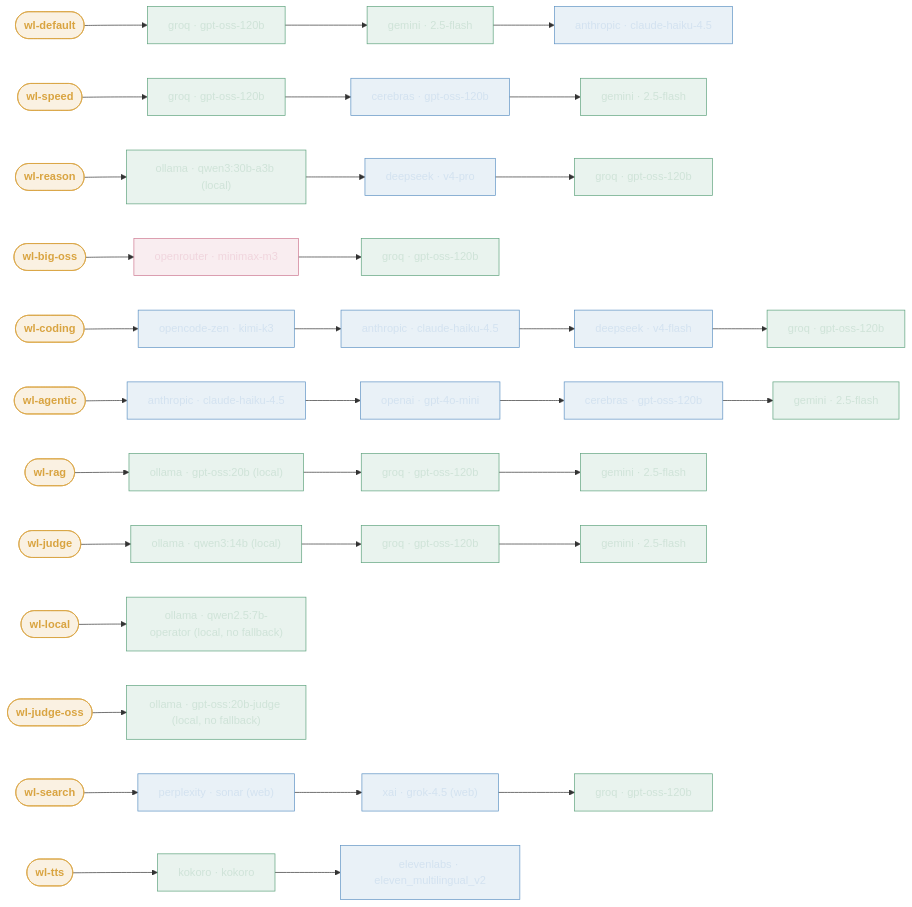
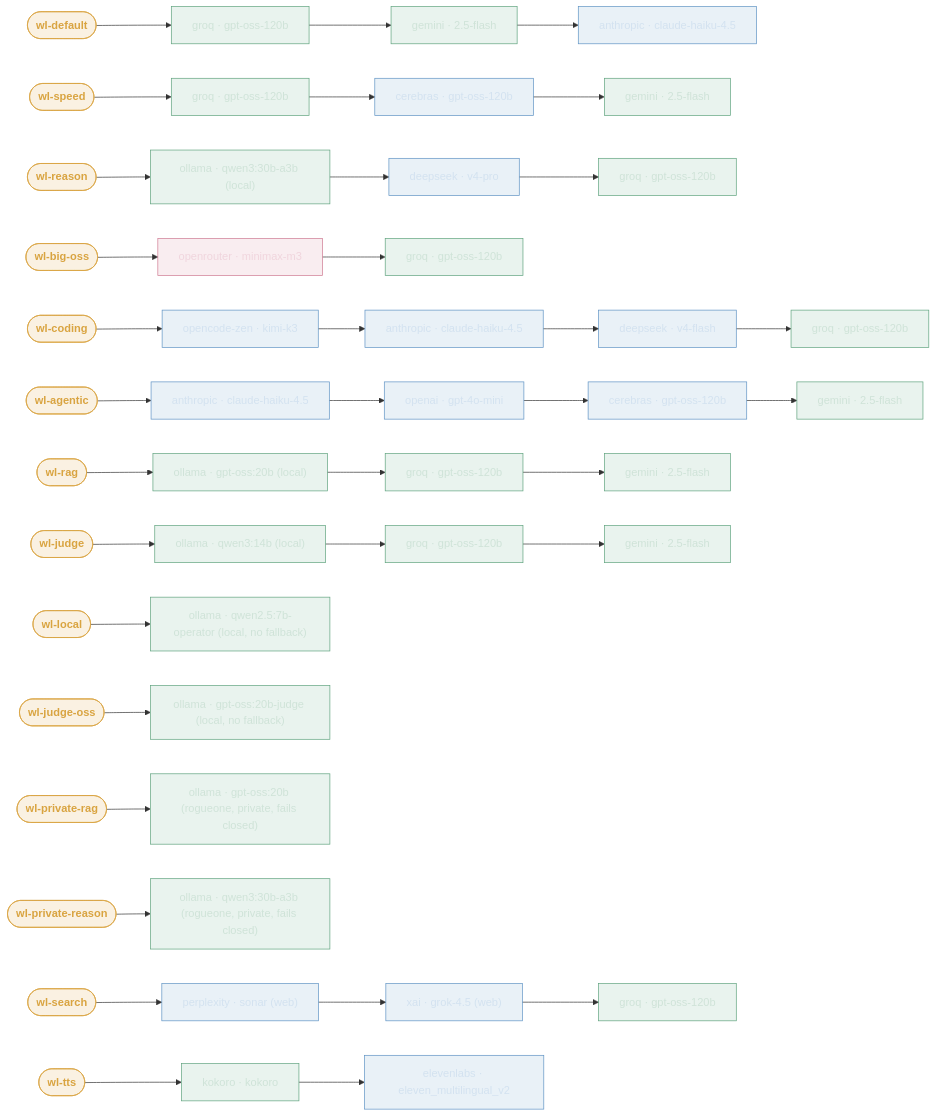
The diagram in docs/llm-routing.md (edtbl76/weyland-lab), drawn with Mermaid before and after one commit. The commit also changed other lines of this file and 5 other files, not shown here.

Commit message:
Introduce B234-compliant private lanes (`wl-private-*`) for prompts that must remain on LAN. Update docs, add CI guard `check-private-lanes.py` to validate isolation, and clarify local-first (`wl-rag`) vs private behavior.

````diff
--- a/docs/llm-routing.md
+++ b/docs/llm-routing.md
@@ -25,27 +31,31 @@
 ```mermaid
 flowchart LR
   classDef alias fill:#d9a44126,stroke:#d9a441,color:#d9a441,font-weight:bold;
   classDef free fill:#5fa37e22,stroke:#5fa37e,color:#cfe3d8;
   classDef funded fill:#5f93c422,stroke:#5f93c4,color:#d3e2f0;
   classDef metered fill:#cf7a9222,stroke:#cf7a92,color:#f0d5dd;
 
   %% Chat & reasoning
   wldef(["wl-default"]):::alias --> wldef1["groq · gpt-oss-120b"]:::free --> wldef2["gemini · 2.5-flash"]:::free --> wldef3["anthropic · claude-haiku-4.5"]:::funded
   wspd(["wl-speed"]):::alias --> wspd1["groq · gpt-oss-120b"]:::free --> wspd2["cerebras · gpt-oss-120b"]:::funded --> wspd3["gemini · 2.5-flash"]:::free
   wrsn(["wl-reason"]):::alias --> wrsn1["ollama · qwen3:30b-a3b (local)"]:::free --> wrsn2["deepseek · v4-pro"]:::funded --> wrsn3["groq · gpt-oss-120b"]:::free
   wbig(["wl-big-oss"]):::alias --> wbig1["openrouter · minimax-m3"]:::metered --> wbig2["groq · gpt-oss-120b"]:::free
 
   %% Code & agents
   wcod(["wl-coding"]):::alias --> wcod1["opencode-zen · kimi-k3"]:::funded --> wcod2["anthropic · claude-haiku-4.5"]:::funded --> wcod3["deepseek · v4-flash"]:::funded --> wcod4["groq · gpt-oss-120b"]:::free
   wagt(["wl-agentic"]):::alias --> wagt1["anthropic · claude-haiku-4.5"]:::funded --> wagt2["openai · gpt-4o-mini"]:::funded --> wagt3["cerebras · gpt-oss-120b"]:::funded --> wagt4["gemini · 2.5-flash"]:::free
 
   %% Retrieval, eval, search
   wrag(["wl-rag"]):::alias --> wrag1["ollama · gpt-oss:20b (local)"]:::free --> wrag2["groq · gpt-oss-120b"]:::free --> wrag3["gemini · 2.5-flash"]:::free
   wjdg(["wl-judge"]):::alias --> wjdg1["ollama · qwen3:14b (local)"]:::free --> wjdg2["groq · gpt-oss-120b"]:::free --> wjdg3["gemini · 2.5-flash"]:::free
   wloc(["wl-local"]):::alias --> wloc1["ollama · qwen2.5:7b-operator (local, no fallback)"]:::free
   wjos(["wl-judge-oss"]):::alias --> wjos1["ollama · gpt-oss:20b-judge (local, no fallback)"]:::free
+
+  %% Private lane (B234) — never leaves the LAN; no fallback, fails closed
+  wprg(["wl-private-rag"]):::alias --> wprg1["ollama · gpt-oss:20b (rogueone, private, fails closed)"]:::free
+  wprr(["wl-private-reason"]):::alias --> wprr1["ollama · qwen3:30b-a3b (rogueone, private, fails closed)"]:::free
   wsch(["wl-search"]):::alias --> wsch1["perplexity · sonar (web)"]:::funded --> wsch2["xai · grok-4.5 (web)"]:::funded --> wsch3["groq · gpt-oss-120b"]:::free
 
   %% Media — text-to-speech (audio_speech endpoint, not chat)
   wtts(["wl-tts"]):::alias --> wtts1["kokoro · kokoro"]:::free --> wtts2["elevenlabs · eleven_multilingual_v2"]:::funded
 ```
````
